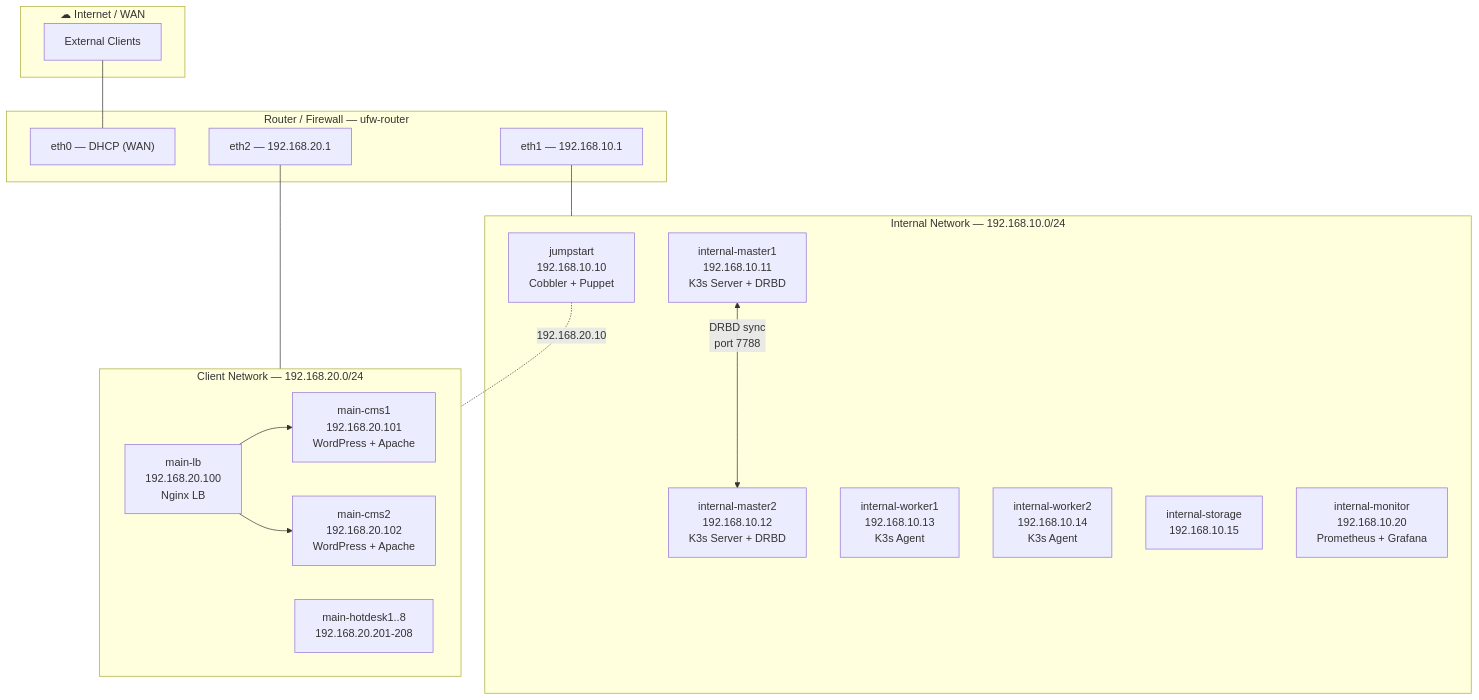
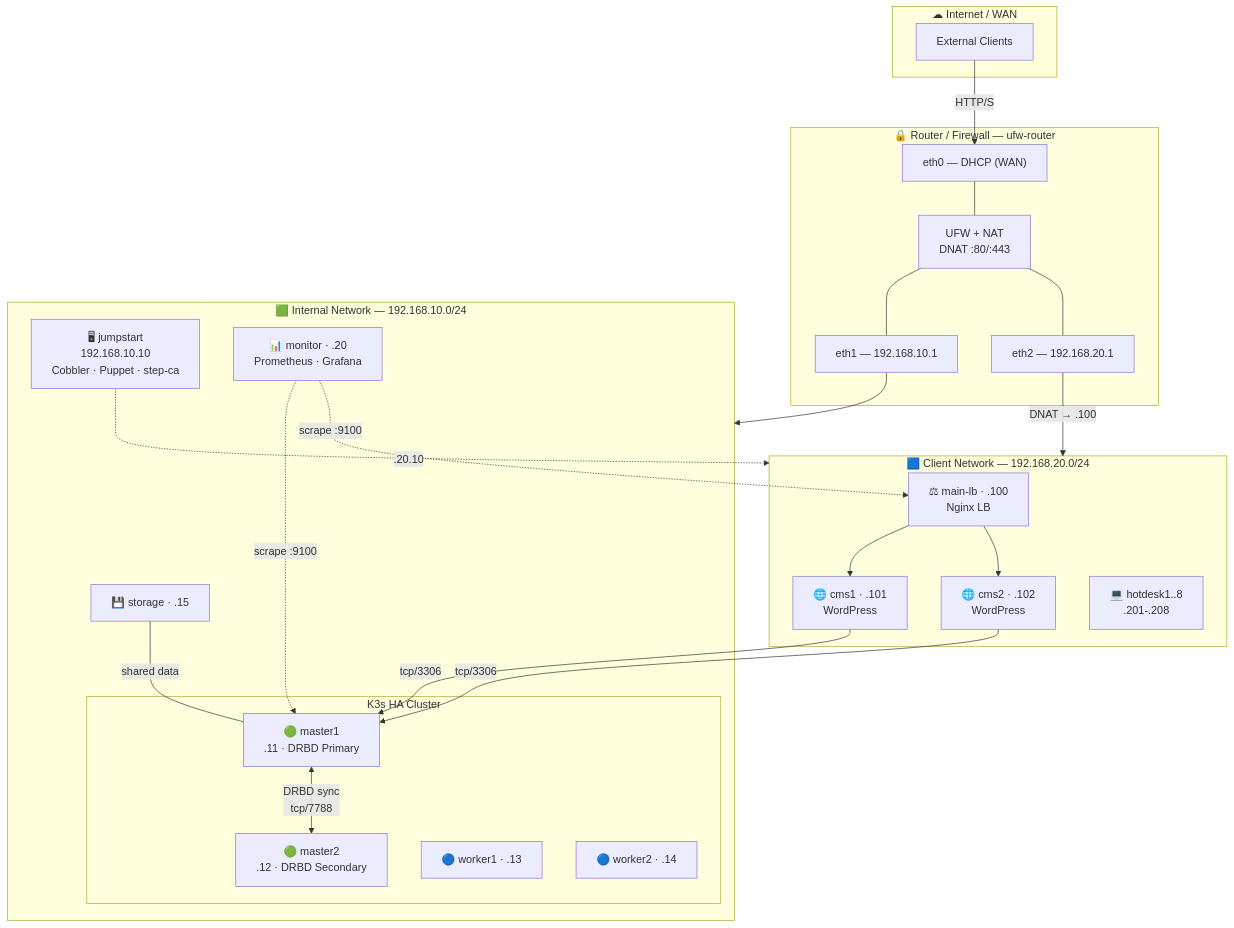
One commit to Aitor42/CMS-HA-Infrastructure changed the diagram in docs/PLAN.md. Above: the diagram before and after it, drawn with Mermaid. The commit also changed 1 other file, not shown here.

Commit message:
docs: improve Mermaid diagrams for clarity and completeness
- Network topology: add complete monitoring targets, storage-to-cluster
  connections, K3s API ports, CMS-to-DB paths, PKI annotation on jumpstart
- Service architecture: add Alertmanager, step-ca PKI layer, storage node,
  service-specific exporter ports
- Deployment sequence: group steps into categories (VM provisioning, config
  management, HA infrastructure, observability, security), consistent
  step numbering, hot-desk provisioning note
- PLAN.md simplified diagram: add K3s cluster subgraph, monitoring scrape
  arrows, CMS-to-DB connections, router NAT details

````diff
--- a/docs/PLAN.md
+++ b/docs/PLAN.md
@@ -147,38 +147,51 @@
 ```mermaid
 graph TB
     subgraph WAN["☁ Internet / WAN"]
         INET["External Clients"]
     end
 
-    subgraph ROUTER["Router / Firewall — ufw-router"]
+    subgraph ROUTER["🔒 Router / Firewall — ufw-router"]
         R_ETH0["eth0 — DHCP (WAN)"]
+        R_FW["UFW + NAT<br/>DNAT :80/:443"]
         R_ETH1["eth1 — 192.168.10.1"]
         R_ETH2["eth2 — 192.168.20.1"]
+        R_ETH0 --- R_FW
+        R_FW --- R_ETH1
+        R_FW --- R_ETH2
     end
 
-    subgraph INTERNAL["Internal Network — 192.168.10.0/24"]
-        JS["jumpstart<br/>192.168.10.10<br/>Cobbler + Puppet"]
-        M1["internal-master1<br/>192.168.10.11<br/>K3s Server + DRBD"]
-        M2["internal-master2<br/>192.168.10.12<br/>K3s Server + DRBD"]
-        W1["internal-worker1<br/>192.168.10.13<br/>K3s Agent"]
-        W2["internal-worker2<br/>192.168.10.14<br/>K3s Agent"]
-        ST["internal-storage<br/>192.168.10.15"]
-        MON["internal-monitor<br/>192.168.10.20<br/>Prometheus + Grafana"]
+    subgraph INTERNAL["🟩 Internal Network — 192.168.10.0/24"]
+        JS["🖥 jumpstart<br/>192.168.10.10<br/>Cobbler · Puppet · step-ca"]
+
+        subgraph K3S["K3s HA Cluster"]
+            M1["🟢 master1<br/>.11 · DRBD Primary"]
+            M2["🟢 master2<br/>.12 · DRBD Secondary"]
+            W1["🔵 worker1 · .13"]
+            W2["🔵 worker2 · .14"]
+        end
+
+        ST["💾 storage · .15"]
+        MON["📊 monitor · .20<br/>Prometheus · Grafana"]
     end
 
-    subgraph MAIN["Client Network — 192.168.20.0/24"]
-        LB["main-lb<br/>192.168.20.100<br/>Nginx LB"]
-        CMS1["main-cms1<br/>192.168.20.101<br/>WordPress + Apache"]
-        CMS2["main-cms2<br/>192.168.20.102<br/>WordPress + Apache"]
-        HD["main-hotdesk1..8<br/>192.168.20.201-208"]
+    subgraph MAIN["🟦 Client Network — 192.168.20.0/24"]
+        LB["⚖ main-lb · .100<br/>Nginx LB"]
+        CMS1["🌐 cms1 · .101<br/>WordPress"]
+        CMS2["🌐 cms2 · .102<br/>WordPress"]
+        HD["💻 hotdesk1..8<br/>.201-.208"]
     end
 
-    INET --- R_ETH0
-    R_ETH1 --- INTERNAL
-    R_ETH2 --- MAIN
-    JS -.- |"192.168.20.10"| MAIN
+    INET -->|"HTTP/S"| R_ETH0
+    R_ETH1 --> INTERNAL
+    R_ETH2 -->|"DNAT → .100"| MAIN
+    JS -.->|".20.10"| MAIN
 
-    M1 <--> |"DRBD sync<br/>port 7788"| M2
+    M1 <-->|"DRBD sync<br/>tcp/7788"| M2
+    ST ---|"shared data"| M1
     LB --> CMS1
     LB --> CMS2
+    CMS1 -->|"tcp/3306"| M1
+    CMS2 -->|"tcp/3306"| M1
+    MON -.->|"scrape :9100"| M1
+    MON -.->|"scrape :9100"| LB
 ```
````
